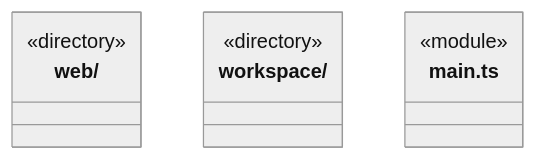
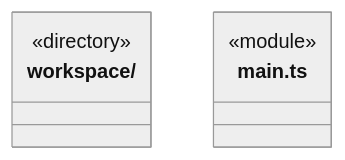
The fourth of 7 diagrams in src/backend/main/ARCHITECTURE.md (nan023062/cbim), drawn with Mermaid (neutral theme) before and after one commit. The commit also changed other lines of this file and 91 other files, not shown here.

````diff
--- a/src/backend/main/ARCHITECTURE.md
+++ b/src/backend/main/ARCHITECTURE.md
@@ -93,12 +93,9 @@
 ```mermaid
 classDiagram
-class N_src_backend_main_web["web/"] {
-  <<directory>>
-}
 class N_src_backend_main_workspace["workspace/"] {
   <<directory>>
 }
 class N_src_backend_main_main_ts["main.ts"] {
   <<module>>
 }
 ```
````
